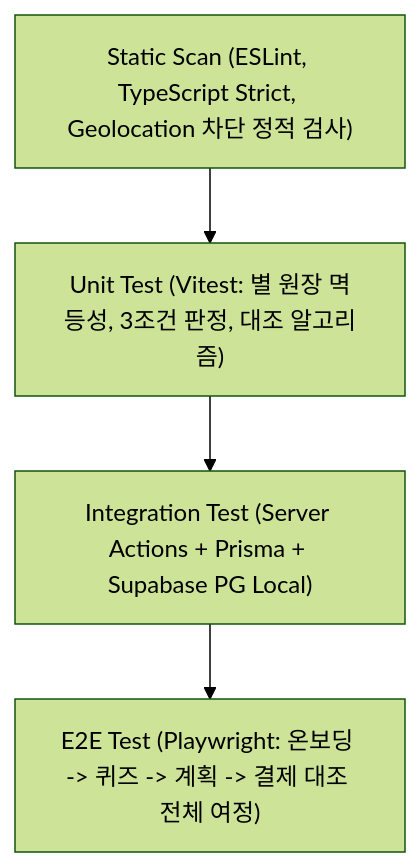
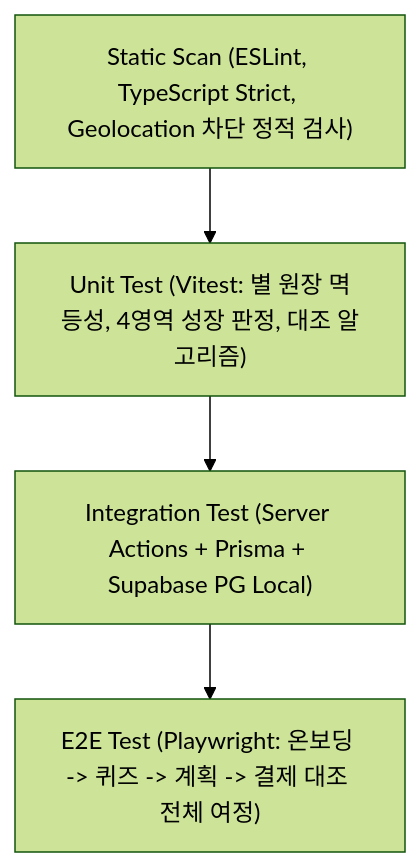
Diagram 13 of 13 in docs/02-srs/srs.md (hayoungv/finfriends-prd-to-srs), drawn with Mermaid (forest theme) before and after one commit. The commit also changed other lines of this file and 20 other files, not shown here.

````diff
--- a/docs/02-srs/srs.md
+++ b/docs/02-srs/srs.md
@@ -935,11 +963,11 @@
 ```mermaid
 flowchart TD
     E2E["E2E Test (Playwright: 온보딩 -> 퀴즈 -> 계획 -> 결제 대조 전체 여정)"]
     INT["Integration Test (Server Actions + Prisma + Supabase PG Local)"]
-    UNIT["Unit Test (Vitest: 별 원장 멱등성, 3조건 판정, 대조 알고리즘)"]
+    UNIT["Unit Test (Vitest: 별 원장 멱등성, 4영역 성장 판정, 대조 알고리즘)"]
     STATIC["Static Scan (ESLint, TypeScript Strict, Geolocation 차단 정적 검사)"]
 
     STATIC --> UNIT
     UNIT --> INT
     INT --> E2E
 ```
````
